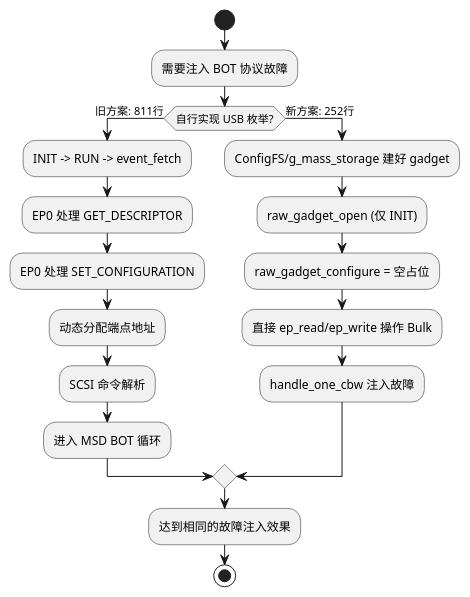
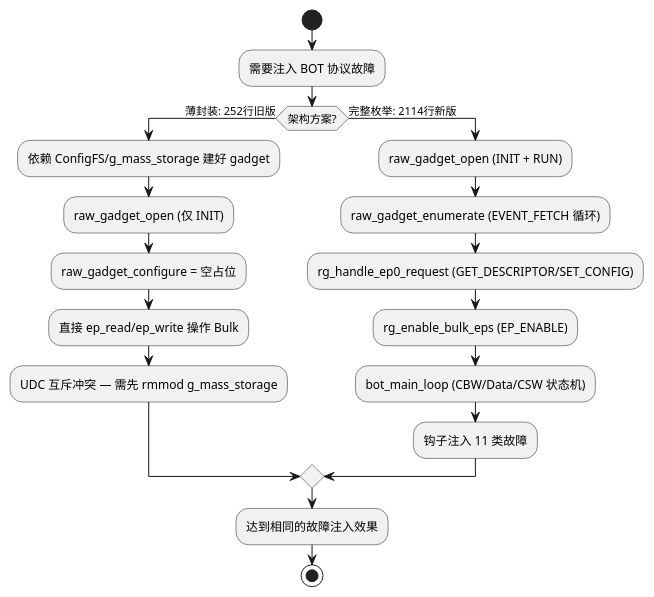
One commit to lechao365/AndroidSystemEnhance changed the ninth of 9 diagrams in 02-IO增强/02.04-故障注入工具-usb-fault-inject.md. Above: the diagram before and after it, drawn with PlantUML. The commit also changed other lines of this file and 15 other files, not shown here.

````diff
--- a/02-IO增强/02.04-故障注入工具-usb-fault-inject.md
+++ b/02-IO增强/02.04-故障注入工具-usb-fault-inject.md
@@ -451,22 +506,22 @@
 ```plantuml
 @startuml
 start
 :需要注入 BOT 协议故障;
-if (自行实现 USB 枚举?) then (旧方案: 811行)
-  :INIT -> RUN -> event_fetch;
-  :EP0 处理 GET_DESCRIPTOR;
-  :EP0 处理 SET_CONFIGURATION;
-  :动态分配端点地址;
-  :SCSI 命令解析;
-  :进入 MSD BOT 循环;
-else (新方案: 252行)
-  :ConfigFS/g_mass_storage 建好 gadget;
+if (架构方案?) then (薄封装: 252行旧版)
+  :依赖 ConfigFS/g_mass_storage 建好 gadget;
   :raw_gadget_open (仅 INIT);
   :raw_gadget_configure = 空占位;
   :直接 ep_read/ep_write 操作 Bulk;
-  :handle_one_cbw 注入故障;
+  :UDC 互斥冲突 — 需先 rmmod g_mass_storage;
+else (完整枚举: 2114行新版)
+  :raw_gadget_open (INIT + RUN);
+  :raw_gadget_enumerate (EVENT_FETCH 循环);
+  :rg_handle_ep0_request (GET_DESCRIPTOR/SET_CONFIG);
+  :rg_enable_bulk_eps (EP_ENABLE);
+  :bot_main_loop (CBW/Data/CSW 状态机);
+  :钩子注入 11 类故障;
 endif
 :达到相同的故障注入效果;
 stop
 @enduml
 ```
````
